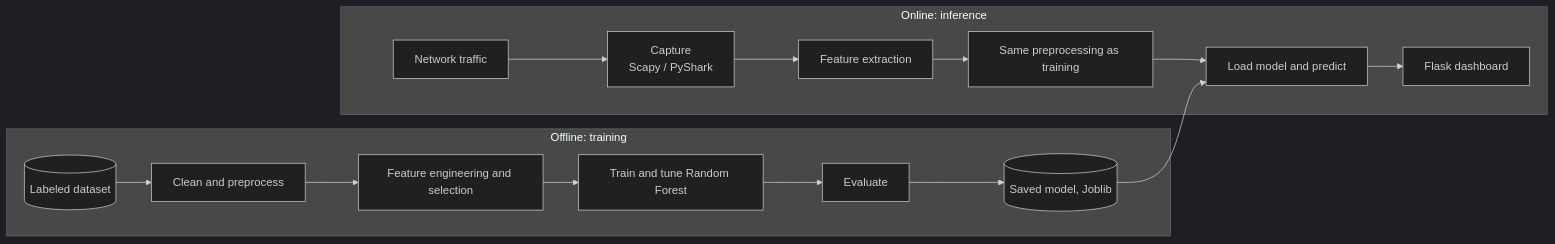
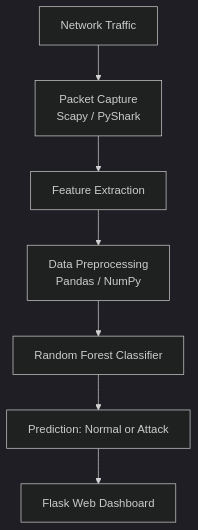
Before and after one commit to Chintucharan/Network_Intrusion_Detection_System: the diagram in README.md, drawn with Mermaid (dark theme). The commit also changed other lines of this file, not shown here.

````diff
--- a/README.md
+++ b/README.md
@@ -73,18 +52,9 @@
 ```mermaid
-flowchart LR
-    subgraph Offline["Offline: training"]
-        D[(Labeled dataset)] --> P1[Clean and preprocess]
-        P1 --> F1[Feature engineering and selection]
-        F1 --> T[Train and tune Random Forest]
-        T --> E[Evaluate]
-        E --> S[(Saved model, Joblib)]
-    end
-    subgraph Online["Online: inference"]
-        N[Network traffic] --> C[Capture<br/>Scapy / PyShark]
-        C --> F2[Feature extraction]
-        F2 --> P2[Same preprocessing as training]
-        P2 --> M[Load model and predict]
-        M --> UI[Flask dashboard]
-    end
-    S --> M
+flowchart TD
+    A[Network Traffic] --> B[Packet Capture<br/>Scapy / PyShark]
+    B --> C[Feature Extraction]
+    C --> D[Data Preprocessing<br/>Pandas / NumPy]
+    D --> E[Random Forest Classifier]
+    E --> F[Prediction: Normal or Attack]
+    F --> G[Flask Web Dashboard]
 ```
````
